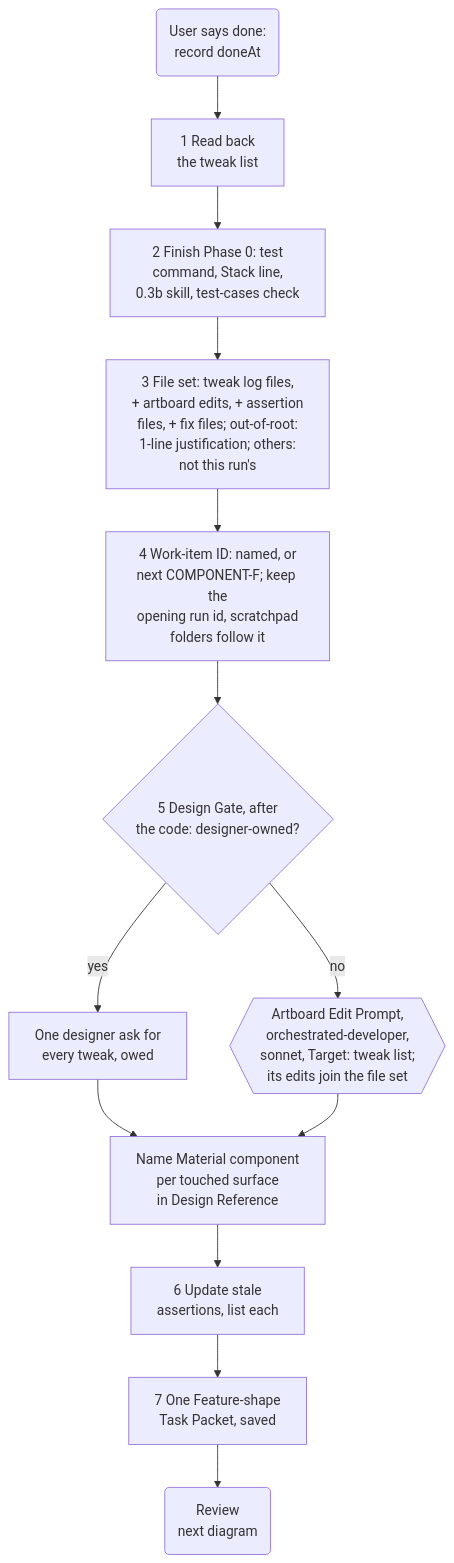
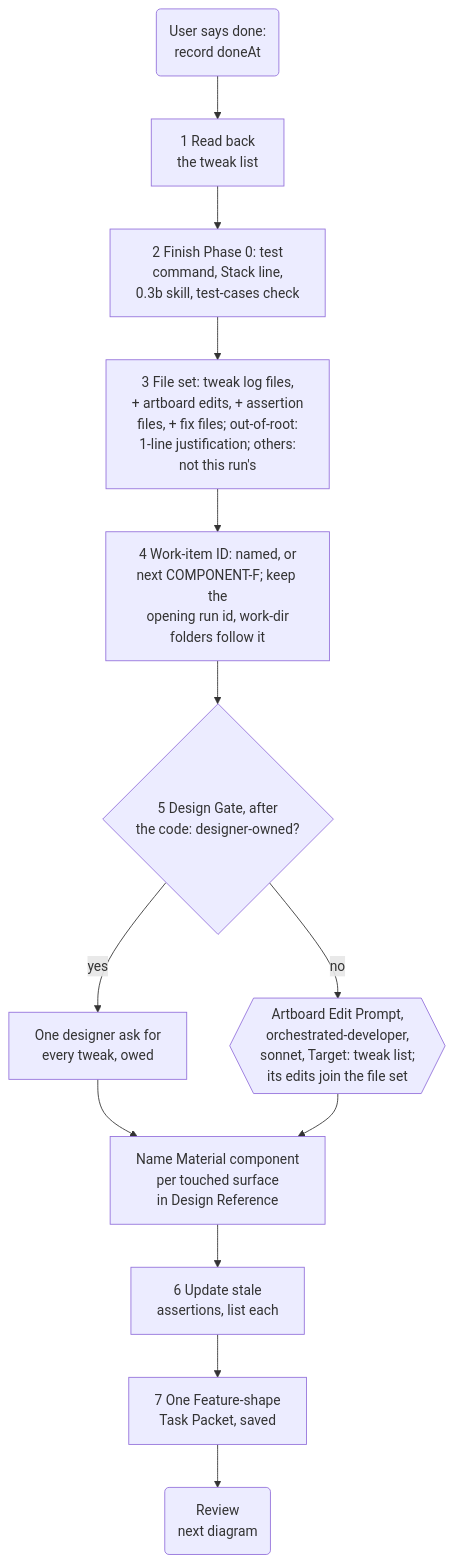
One commit to muhammedalikhan86/claude-stash changed the second of 3 diagrams in skills/plugin-orchestrator-development-pattern/mermaid/10-ui-iteration.md. Above: the diagram before and after it, drawn with Mermaid. The commit also changed 19 other files, not shown here.

First line of the commit message:
feat(skills): restart-safe work dir, per-component binding overrides

````diff
--- a/skills/plugin-orchestrator-development-pattern/mermaid/10-ui-iteration.md
+++ b/skills/plugin-orchestrator-development-pattern/mermaid/10-ui-iteration.md
@@ -39,15 +39,15 @@
 ```mermaid
 flowchart TD
     D("User says done:<br/>record doneAt") --> Read["1 Read back<br/>the tweak list"]
     Read --> Ph0["2 Finish Phase 0: test<br/>command, Stack line,<br/>0.3b skill, test-cases check"]
     Ph0 --> Files["3 File set: tweak log files,<br/>+ artboard edits, + assertion<br/>files, + fix files; out-of-root:<br/>1-line justification; others:<br/>not this run's"]
-    Files --> ID["4 Work-item ID: named, or<br/>next COMPONENT-F; keep the<br/>opening run id, scratchpad<br/>folders follow it"]
+    Files --> ID["4 Work-item ID: named, or<br/>next COMPONENT-F; keep the<br/>opening run id, work-dir<br/>folders follow it"]
     ID --> Own{"5 Design Gate, after<br/>the code: designer-owned?"}
     Own -->|"yes"| DAsk["One designer ask for<br/>every tweak, owed"]
     Own -->|"no"| Agent{{"Artboard Edit Prompt,<br/>orchestrated-developer,<br/>sonnet, Target: tweak list;<br/>its edits join the file set"}}
     DAsk --> Name
     Agent --> Name["Name Material component<br/>per touched surface<br/>in Design Reference"]
     Name --> Assert["6 Update stale<br/>assertions, list each"]
     Assert --> Pkt["7 One Feature-shape<br/>Task Packet, saved"]
     Pkt --> Next("Review<br/>next diagram")
 ```
````
